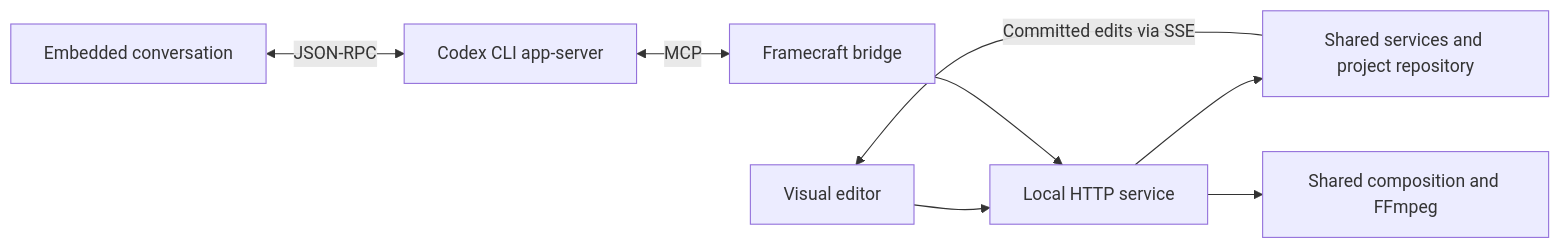
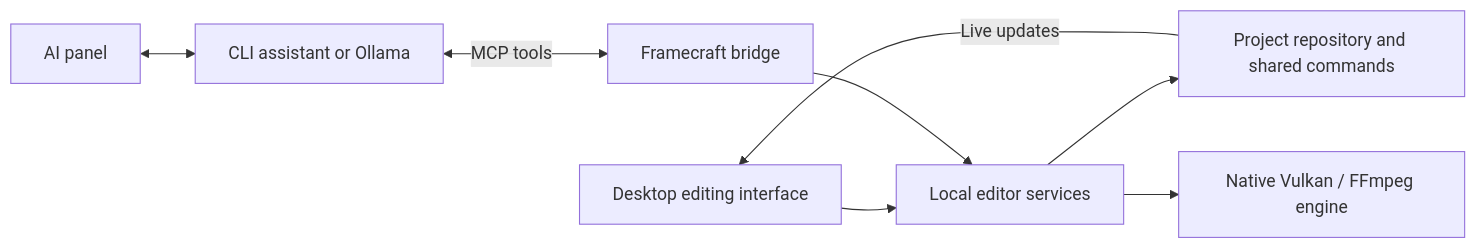
The diagram in README.md (Stalkerino/FrameCraft), drawn with Mermaid before and after one commit. The commit also changed other lines of this file and 14 other files, not shown here.

Commit message:
Fix native release packaging, reduce CI overhead, and license desktop project

````diff
--- a/README.md
+++ b/README.md
@@ -116,10 +75,10 @@
 ```mermaid
 flowchart LR
-  UI[Visual editor] --> API[Local HTTP service]
-  Chat[Embedded conversation] <-->|JSON-RPC| CLI[Codex CLI app-server]
-  CLI <-->|MCP| Bridge[Framecraft bridge]
-  Bridge --> API
-  API --> Project[Shared services and project repository]
-  Project -->|Committed edits via SSE| UI
-  API --> Render[Shared composition and FFmpeg]
+  UI[Desktop editing interface] --> Service[Local editor services]
+  Chat[AI panel] <--> Agent[CLI assistant or Ollama]
+  Agent <-->|MCP tools| Bridge[Framecraft bridge]
+  Bridge --> Service
+  Service --> Project[Project repository and shared commands]
+  Project -->|Live updates| UI
+  Service --> GPU[Native Vulkan / FFmpeg engine]
 ```
````
